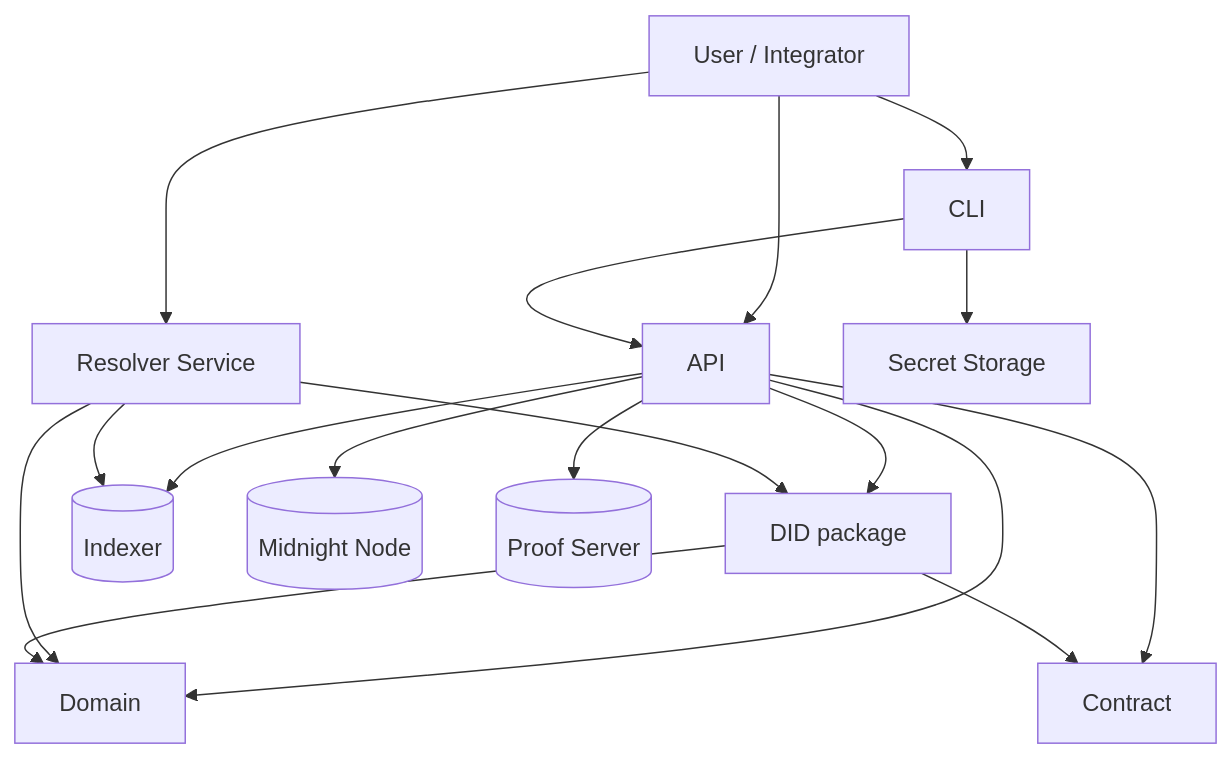
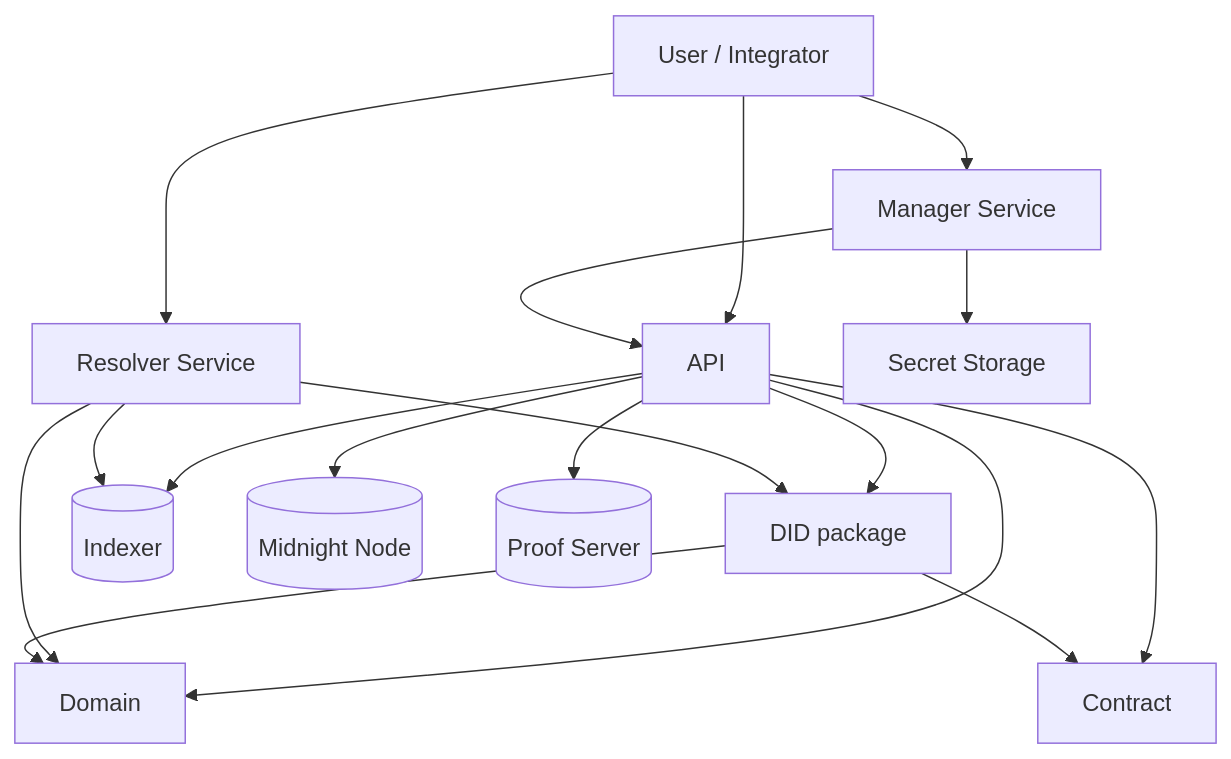
Before and after one commit to midnightntwrk/midnight-did: the first of 3 diagrams in README.md, drawn with Mermaid. The commit also changed other lines of this file and 66 other files, not shown here.

````diff
--- a/README.md
+++ b/README.md
@@ -21,38 +20,37 @@
 ```mermaid
 graph TD
   U[User / Integrator]
 
-  CLI[CLI]
   API[API]
   ResolverSvc[Resolver Service]
+  ManagerSvc[Manager Service]
   DidPkg[DID package]
   Domain[Domain]
   Contract[Contract]
   Secrets[Secret Storage]
 
   Indexer[(Indexer)]
   Node[(Midnight Node)]
   Proof[(Proof Server)]
 
-  U --> CLI
   U --> API
   U --> ResolverSvc
-
-  CLI --> API
-  CLI --> Secrets
+  U --> ManagerSvc
 
   API --> DidPkg
   API --> Domain
   API --> Contract
 
   ResolverSvc --> DidPkg
   ResolverSvc --> Domain
+  ManagerSvc --> API
+  ManagerSvc --> Secrets
 
   DidPkg --> Domain
   DidPkg --> Contract
 
   API --> Indexer
   API --> Node
   API --> Proof
   ResolverSvc --> Indexer
 ```
````
